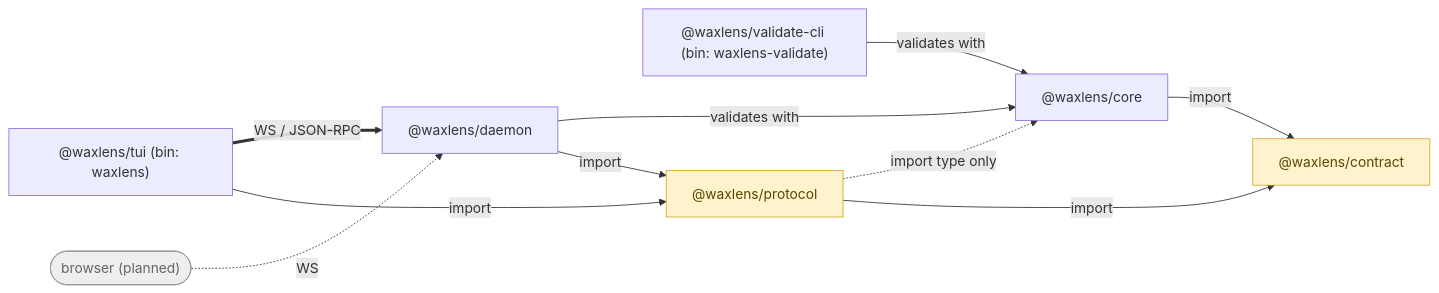
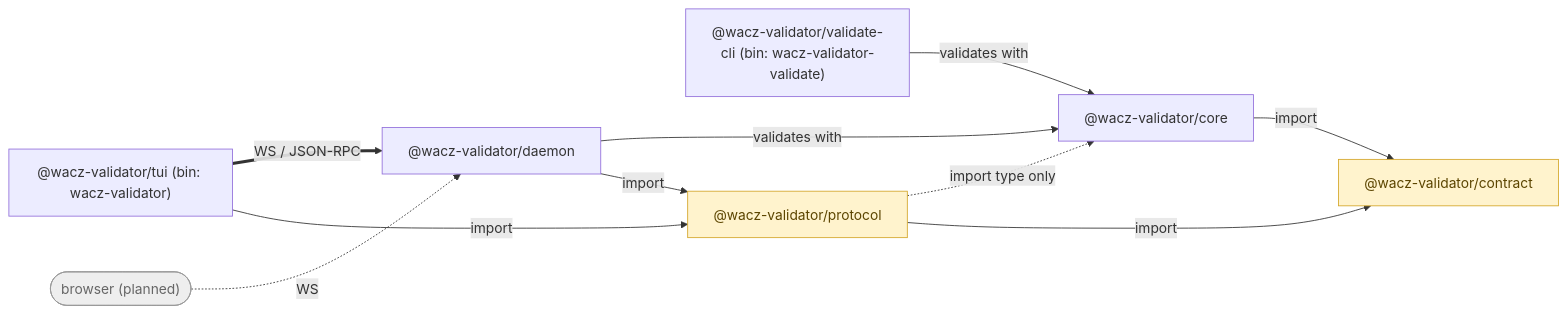
The diagram in docs-site/src/content/docs/index.mdx (uraitakahito/waxlens), drawn with Mermaid before and after one commit. The commit also changed other lines of this file and 118 other files, not shown here.

First line of the commit message:
rename: waxlens → wacz-validator (#219)

````diff
--- a/docs-site/src/content/docs/index.mdx
+++ b/docs-site/src/content/docs/index.mdx
@@ -36,17 +36,17 @@
 ```mermaid
 flowchart LR
-    tui["@waxlens/tui (bin: waxlens)"] ==>|"WS / JSON-RPC"| daemon["@waxlens/daemon"]
+    tui["@wacz-validator/tui (bin: wacz-validator)"] ==>|"WS / JSON-RPC"| daemon["@wacz-validator/daemon"]
     browser(["browser (planned)"]) -.->|"WS"| daemon
-    cli["@waxlens/validate-cli (bin: waxlens-validate)"] -->|validates with| core["@waxlens/core"]
+    cli["@wacz-validator/validate-cli (bin: wacz-validator-validate)"] -->|validates with| core["@wacz-validator/core"]
     daemon -->|validates with| core
-    tui -->|import| protocol["@waxlens/protocol"]
+    tui -->|import| protocol["@wacz-validator/protocol"]
     daemon -->|import| protocol
     protocol -.->|"import type only"| core
-    core -->|import| shared["@waxlens/contract"]
+    core -->|import| shared["@wacz-validator/contract"]
     protocol -->|import| shared
 
     classDef shared fill:#fff3cd,stroke:#d4a72c,color:#5c4500;
     classDef future fill:#eeeeee,stroke:#999999,color:#666666;
     class shared,protocol shared;
     class browser future;
 ```
````
